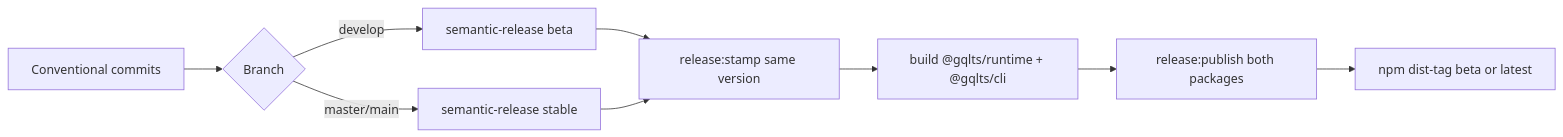
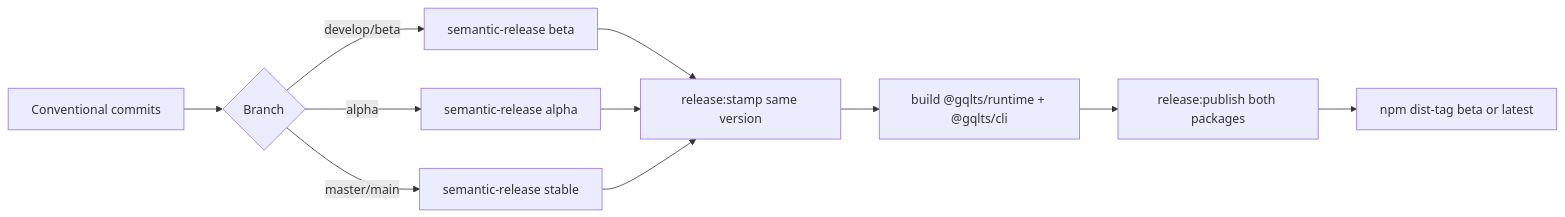
The fourth of 4 diagrams in docs/architecture.md (tigawanna/gqlts), drawn with Mermaid before and after one commit. The commit also changed other lines of this file and 19 other files, not shown here.

````diff
--- a/docs/architecture.md
+++ b/docs/architecture.md
@@ -108,11 +110,13 @@
 ```mermaid
 flowchart LR
   commit["Conventional commits"] --> branch{"Branch"}
-  branch -->|develop| beta["semantic-release beta"]
+  branch -->|develop/beta| beta["semantic-release beta"]
+  branch -->|alpha| alpha["semantic-release alpha"]
   branch -->|master/main| stable["semantic-release stable"]
   beta --> stamp["release:stamp same version"]
+  alpha --> stamp
   stable --> stamp
   stamp --> build["build @gqlts/runtime + @gqlts/cli"]
   build --> publish["release:publish both packages"]
   publish --> npm["npm dist-tag beta or latest"]
 ```
````
